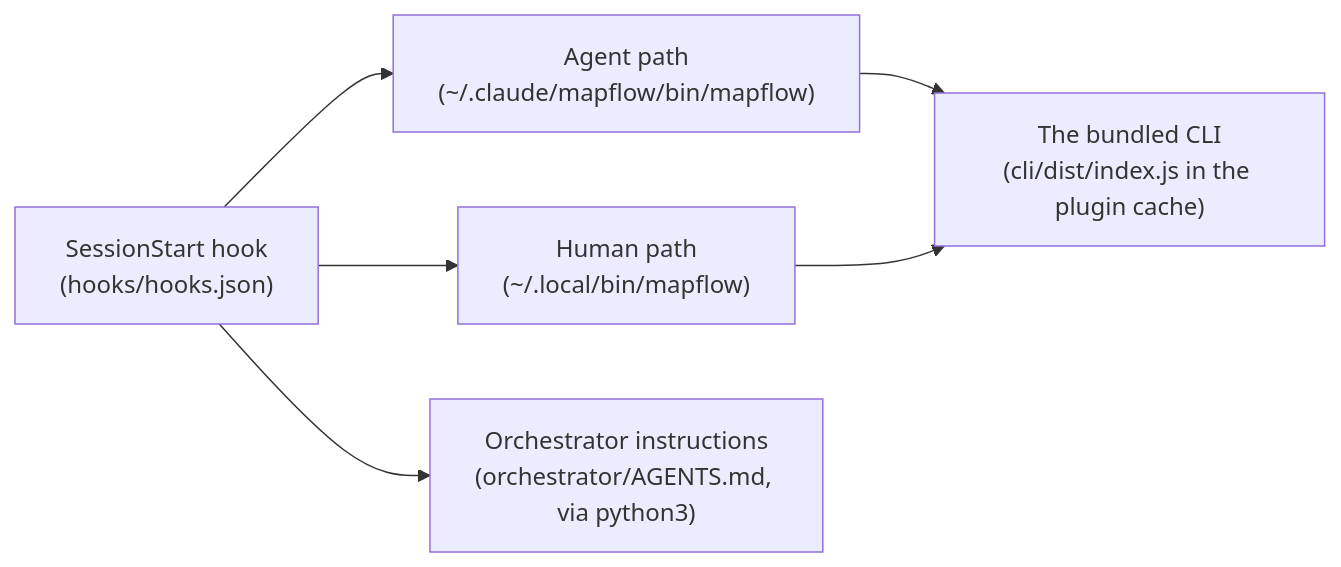
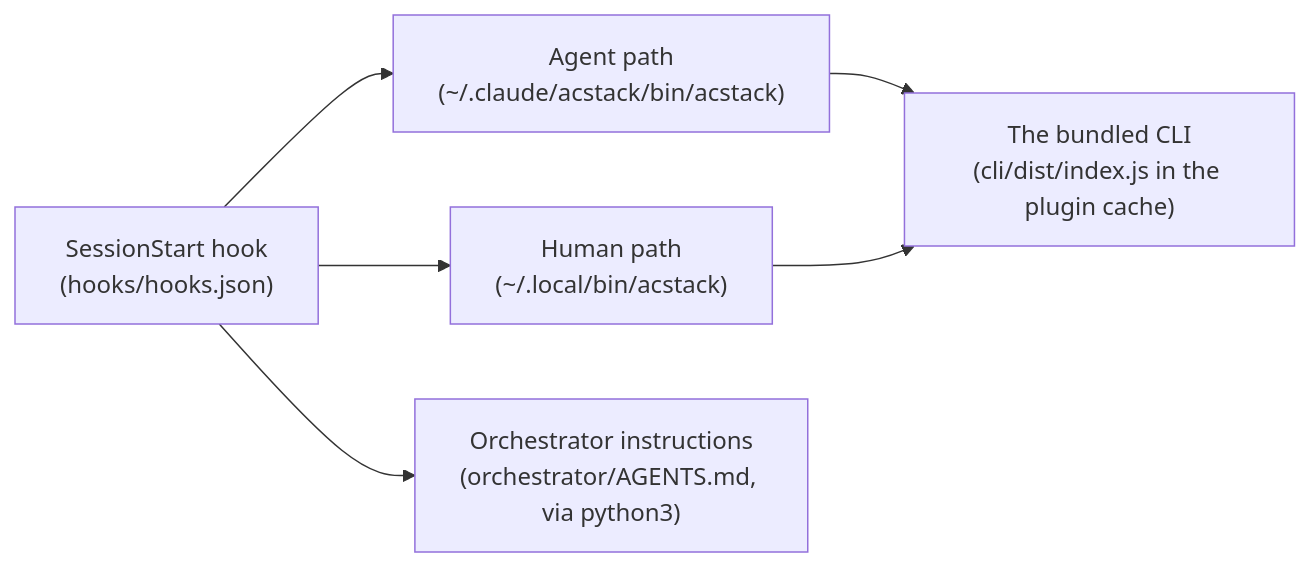
One commit to ac8318740/acstack changed the diagram in TROUBLESHOOTING.md. Above: the diagram before and after it, drawn with Mermaid. The commit also changed other lines of this file and 181 other files, not shown here.

````diff
--- a/TROUBLESHOOTING.md
+++ b/TROUBLESHOOTING.md
@@ -13,8 +13,8 @@
 ```mermaid
 flowchart LR
-    H["SessionStart hook<br/>(hooks/hooks.json)"] --> A["Agent path<br/>(~/.claude/mapflow/bin/mapflow)"]
-    H --> U["Human path<br/>(~/.local/bin/mapflow)"]
+    H["SessionStart hook<br/>(hooks/hooks.json)"] --> A["Agent path<br/>(~/.claude/acstack/bin/acstack)"]
+    H --> U["Human path<br/>(~/.local/bin/acstack)"]
     A --> C["The bundled CLI<br/>(cli/dist/index.js in the plugin cache)"]
     U --> C
     H --> O["Orchestrator instructions<br/>(orchestrator/AGENTS.md, via python3)"]
 ```
````
